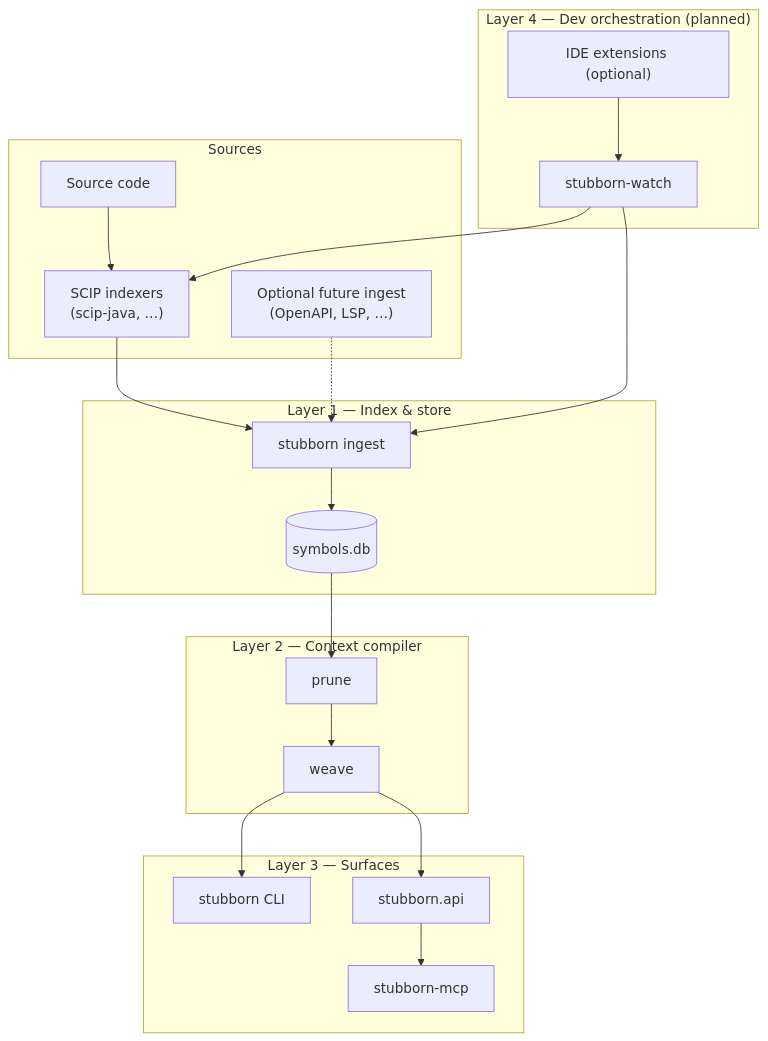
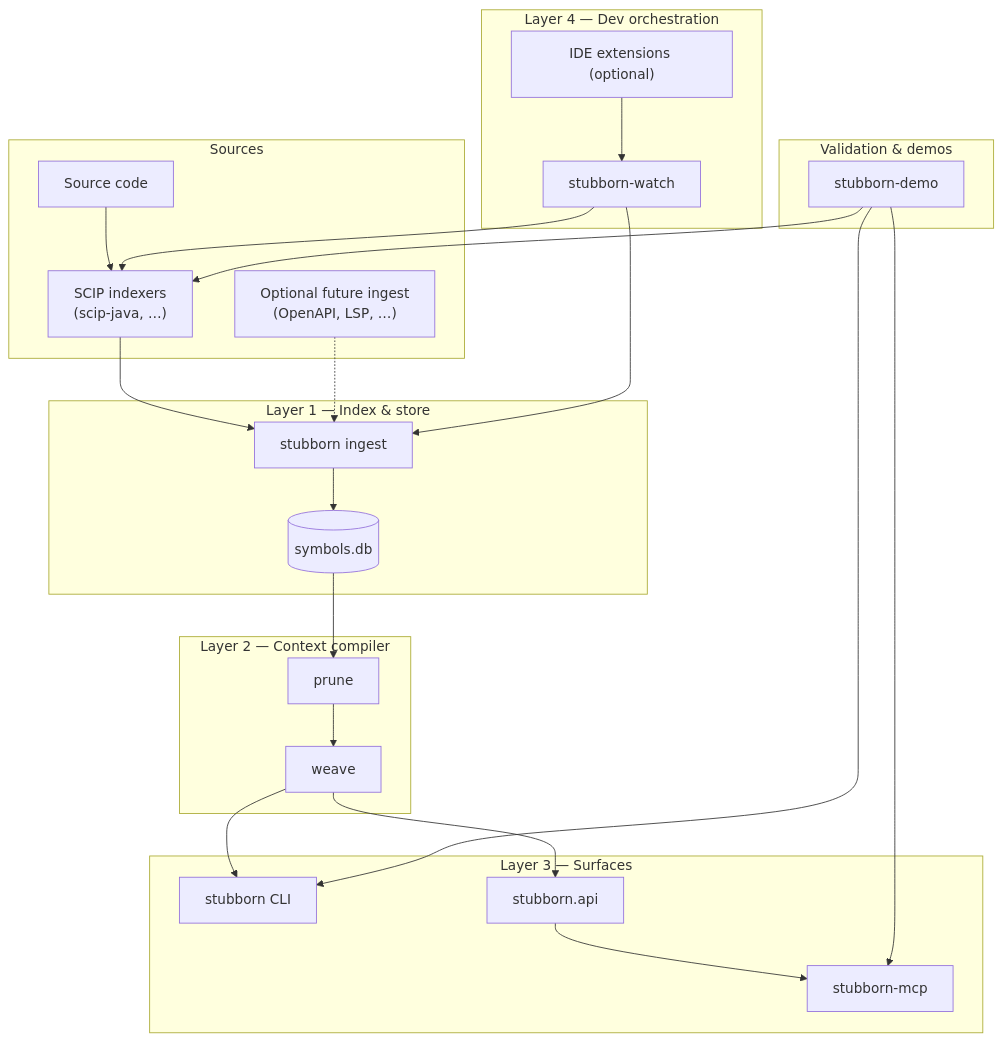
Before and after one commit to stubborn-ai/stubborn-hub: the first of 3 diagrams in docs/ARCHITECTURE.md, drawn with Mermaid. The commit also changed other lines of this file and 5 other files, not shown here.

First line of the commit message:
Document stubborn-demo repo boundaries.

````diff
--- a/docs/ARCHITECTURE.md
+++ b/docs/ARCHITECTURE.md
@@ -15,39 +15,46 @@
 ```mermaid
 flowchart TB
   subgraph sources["Sources"]
     SRC["Source code"]
     SCIP_IDX["SCIP indexers<br/>(scip-java, …)"]
     ALT["Optional future ingest<br/>(OpenAPI, LSP, …)"]
   end
 
   subgraph L1["Layer 1 — Index & store"]
     ING["stubborn ingest"]
     DB[(symbols.db)]
     SRC --> SCIP_IDX --> ING
     ALT -.-> ING
     ING --> DB
   end
 
   subgraph L2["Layer 2 — Context compiler"]
     PRU["prune"]
     WEA["weave"]
     DB --> PRU --> WEA
   end
 
   subgraph L3["Layer 3 — Surfaces"]
     CLI["stubborn CLI"]
     API["stubborn.api"]
     MCP["stubborn-mcp"]
     WEA --> CLI
     WEA --> API
     API --> MCP
   end
 
-  subgraph L4["Layer 4 — Dev orchestration (planned)"]
+  subgraph L4["Layer 4 — Dev orchestration"]
     WATCH["stubborn-watch"]
     IDE["IDE extensions (optional)"]
     WATCH --> SCIP_IDX
     WATCH --> ING
     IDE --> WATCH
   end
+
+  subgraph VAL["Validation & demos"]
+    DEMO["stubborn-demo"]
+    DEMO --> SCIP_IDX
+    DEMO --> CLI
+    DEMO --> MCP
+  end
 ```
````
